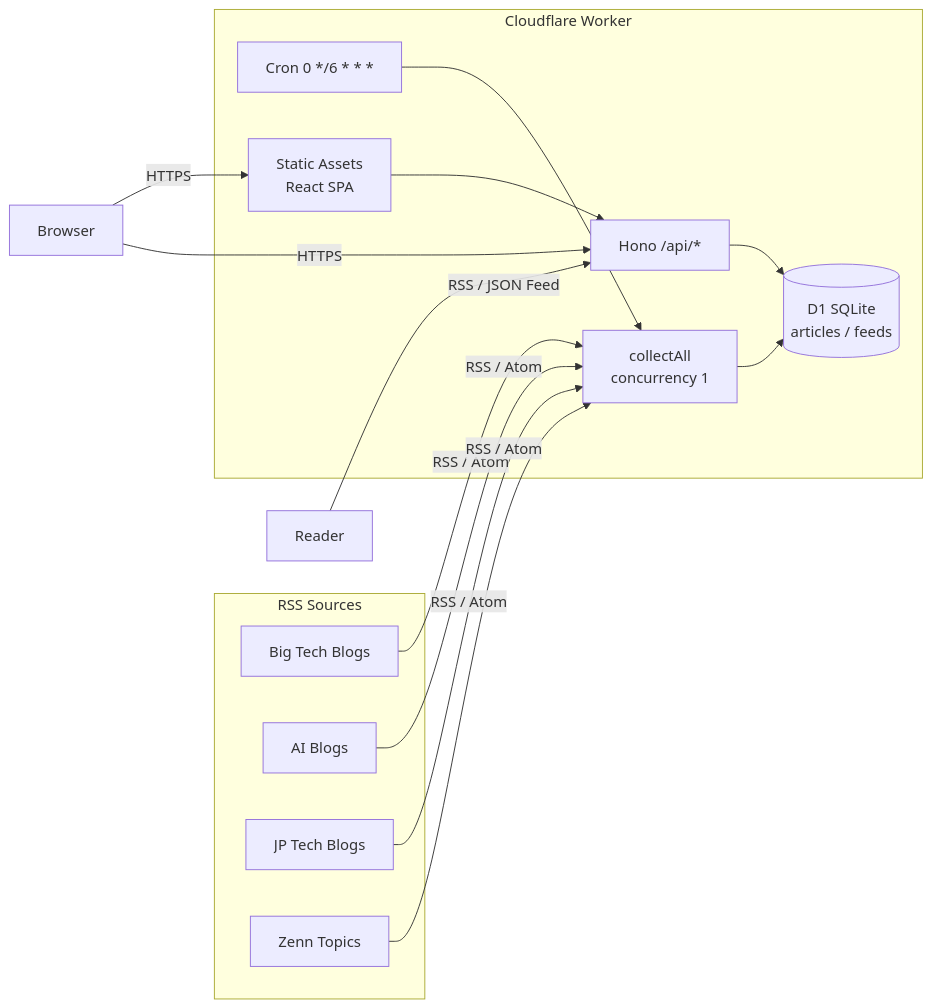
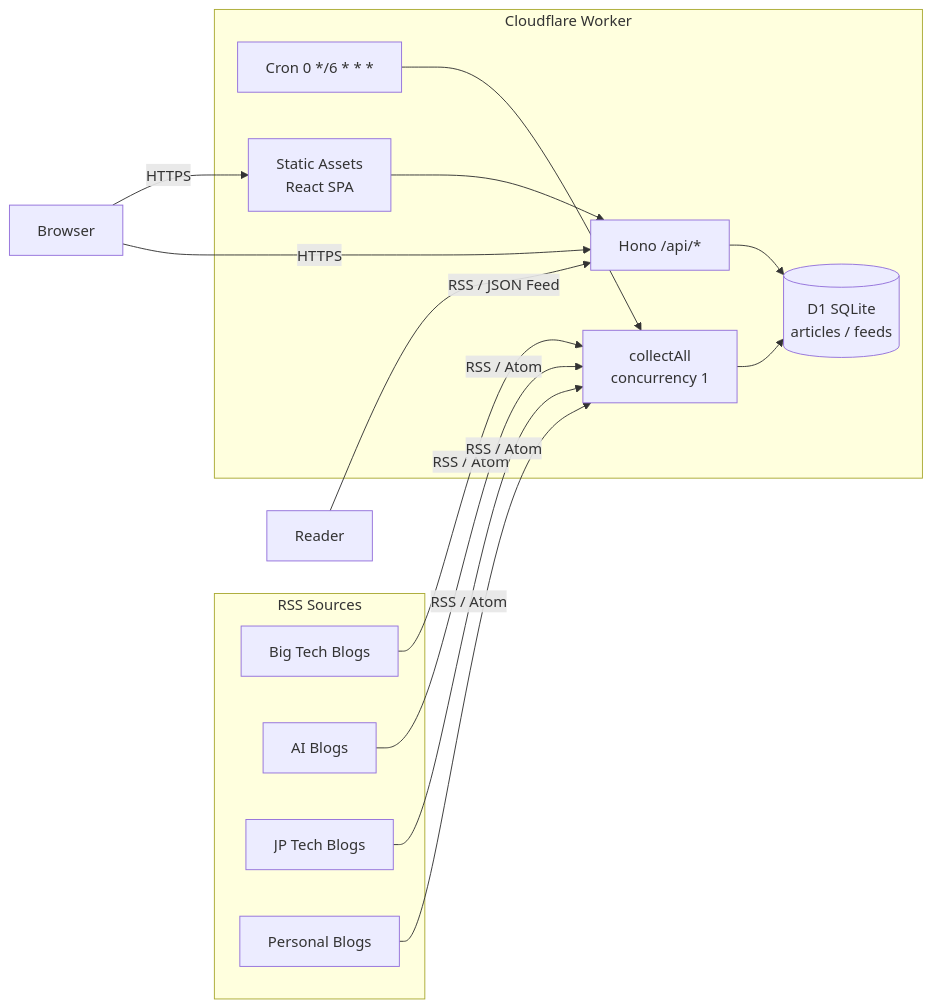
One commit to rikeda71/tech-news-bot changed the diagram in README.md. Above: the diagram before and after it, drawn with Mermaid. The commit also changed other lines of this file and 55 other files, not shown here.

First line of the commit message:
feat(feeds): replace zenn category with personal, add jp publications (#381)

````diff
--- a/README.md
+++ b/README.md
@@ -9,21 +9,21 @@
 ```mermaid
 graph LR
     subgraph RSS Sources
         F1[Big Tech Blogs]
         F2[AI Blogs]
         F3[JP Tech Blogs]
-        F4[Zenn Topics]
+        F4[Personal Blogs]
     end
 
     subgraph Cloudflare Worker
         C[Cron 0 */6 * * *] --> COL[collectAll\nconcurrency 1]
         COL --> D1[(D1 SQLite\narticles / feeds)]
         API[Hono /api/*] --> D1
         SPA[Static Assets\nReact SPA] --> API
     end
 
     F1 & F2 & F3 & F4 -->|RSS / Atom| COL
     Browser -->|HTTPS| SPA
     Browser -->|HTTPS| API
     Reader -->|RSS / JSON Feed| API
 ```
````
